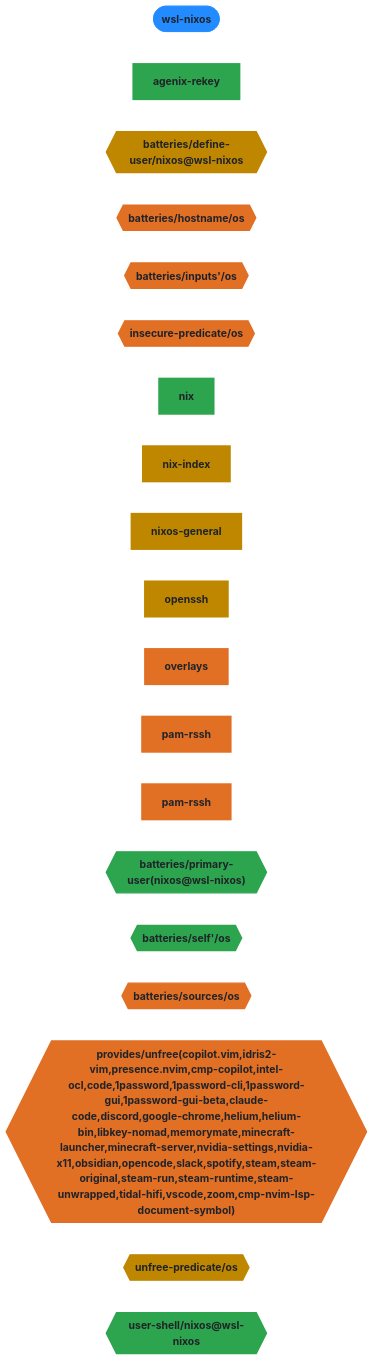
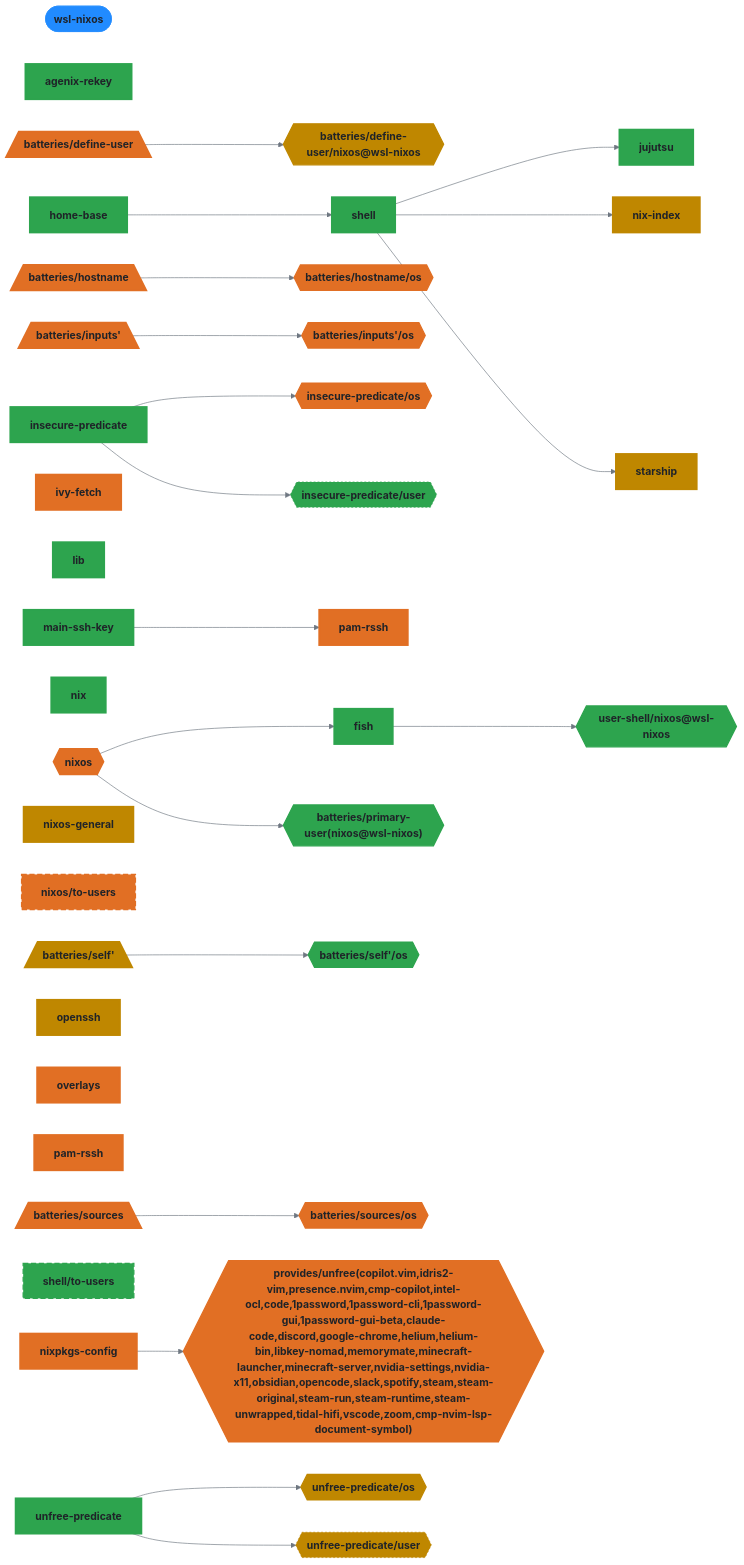
The ninth of 9 diagrams in README.md (auscyber/dotfiles), drawn with Mermaid before and after one commit. The commit also changed other lines of this file and 1 other file, not shown here.

````diff
--- a/README.md
+++ b/README.md
@@ -603,43 +1337,103 @@
 graph LR
   wsl_nixos([wsl-nixos]):::root
   agenix_rekey["agenix-rekey"]:::agenix_rekey_c
+  den__batteries__define_user[/"batteries/define-user"\]:::den__batteries__define_user_c
   den__batteries__define_user__nixos_wsl_nixos{{"batteries/define-user/nixos@wsl-nixos"}}:::den__batteries__define_user__nixos_wsl_nixos_c
+  fish["fish"]:::fish_c
+  home_base["home-base"]:::home_base_c
+  den__batteries__hostname[/"batteries/hostname"\]:::den__batteries__hostname_c
   den__batteries__hostname__os{{"batteries/hostname/os"}}:::den__batteries__hostname__os_c
+  den__batteries__inputs_[/"batteries/inputs'"\]:::den__batteries__inputs__c
   den__batteries__inputs___os{{"batteries/inputs'/os"}}:::den__batteries__inputs___os_c
+  insecure_predicate["insecure-predicate"]:::insecure_predicate_c
   insecure_predicate__os{{"insecure-predicate/os"}}:::insecure_predicate__os_c
+  insecure_predicate__user{{"insecure-predicate/user"}}:::insecure_predicate__user_c
+  ivy_fetch["ivy-fetch"]:::ivy_fetch_c
+  jujutsu["jujutsu"]:::jujutsu_c
+  lib["lib"]:::lib_c
+  main_ssh_key["main-ssh-key"]:::main_ssh_key_c
   nix["nix"]:::nix_c
   nix_index["nix-index"]:::nix_index_c
+  nixos{{"nixos"}}:::nixos_c
   nixos_general["nixos-general"]:::nixos_general_c
+  nixos__to_users["nixos/to-users"]:::nixos__to_users_c
+  nixpkgs_config_host_wsl_nixos["nixpkgs-config"]:::nixpkgs_config_host_wsl_nixos_c
   openssh["openssh"]:::openssh_c
   overlays["overlays"]:::overlays_c
   pam_rssh_host_wsl_nixos["pam-rssh"]:::pam_rssh_host_wsl_nixos_c
   pam_rssh_user_nixos["pam-rssh"]:::pam_rssh_user_nixos_c
   den__batteries__primary_user_nixos_wsl_nixos_{{"batteries/primary-user(nixos@wsl-nixos)"}}:::den__batteries__primary_user_nixos_wsl_nixos__c
+  den__batteries__self_[/"batteries/self'"\]:::den__batteries__self__c
   den__batteries__self___os{{"batteries/self'/os"}}:::den__batteries__self___os_c
+  shell_host_wsl_nixos["shell"]:::shell_host_wsl_nixos_c
+  shell__to_users["shell/to-users"]:::shell__to_users_c
+  den__batteries__sources[/"batteries/sources"\]:::den__batteries__sources_c
   den__batteries__sources__os{{"batteries/sources/os"}}:::den__batteries__sources__os_c
+  starship["starship"]:::starship_c
   den__provides__unfree_copilot_vim_idris2_vim_presence_nvim_cmp_copilot_intel_ocl_code_1password_1password_cli_1password_gui_1password_gui_beta_claude_code_discord_google_chrome_helium_helium_bin_libkey_nomad_memorymate_minecraft_launcher_minecraft_server_nvidia_settings_nvidia_x11_obsidian_opencode_slack_spotify_steam_steam_original_steam_run_steam_runtime_steam_unwrapped_tidal_hifi_vscode_zoom_cmp_nvim_lsp_document_symbol_{{"provides/unfree(copilot.vim,idris2-vim,presence.nvim,cmp-copilot,intel-ocl,code,1password,1password-cli,1password-gui,1password-gui-beta,claude-code,discord,google-chrome,helium,helium-bin,libkey-nomad,memorymate,minecraft-launcher,minecraft-server,nvidia-settings,nvidia-x11,obsidian,opencode,slack,spotify,steam,steam-original,steam-run,steam-runtime,steam-unwrapped,tidal-hifi,vscode,zoom,cmp-nvim-lsp-document-symbol)"}}:::den__provides__unfree_copilot_vim_idris2_vim_presence_nvim_cmp_copilot_intel_ocl_code_1password_1password_cli_1password_gui_1password_gui_beta_claude_code_discord_google_chrome_helium_helium_bin_libkey_nomad_memorymate_minecraft_launcher_minecraft_server_nvidia_settings_nvidia_x11_obsidian_opencode_slack_spotify_steam_steam_original_steam_run_steam_runtime_steam_unwrapped_tidal_hifi_vscode_zoom_cmp_nvim_lsp_document_symbol__c
+  unfree_predicate["unfree-predicate"]:::unfree_predicate_c
   unfree_predicate__os{{"unfree-predicate/os"}}:::unfree_predicate__os_c
+  unfree_predicate__user{{"unfree-predicate/user"}}:::unfree_predicate__user_c
   user_shell__nixos_wsl_nixos{{"user-shell/nixos@wsl-nixos"}}:::user_shell__nixos_wsl_nixos_c
 
+  den__batteries__define_user --> den__batteries__define_user__nixos_wsl_nixos
+  den__batteries__hostname --> den__batteries__hostname__os
+  den__batteries__inputs_ --> den__batteries__inputs___os
+  den__batteries__self_ --> den__batteries__self___os
+  den__batteries__sources --> den__batteries__sources__os
+  fish --> user_shell__nixos_wsl_nixos
+  home_base --> shell_host_wsl_nixos
+  insecure_predicate --> insecure_predicate__os
+  insecure_predicate --> insecure_predicate__user
+  main_ssh_key --> pam_rssh_user_nixos
+  nixos --> fish
+  nixos --> den__batteries__primary_user_nixos_wsl_nixos_
+  nixpkgs_config_host_wsl_nixos --> den__provides__unfree_copilot_vim_idris2_vim_presence_nvim_cmp_copilot_intel_ocl_code_1password_1password_cli_1password_gui_1password_gui_beta_claude_code_discord_google_chrome_helium_helium_bin_libkey_nomad_memorymate_minecraft_launcher_minecraft_server_nvidia_settings_nvidia_x11_obsidian_opencode_slack_spotify_steam_steam_original_steam_run_steam_runtime_steam_unwrapped_tidal_hifi_vscode_zoom_cmp_nvim_lsp_document_symbol_
+  shell_host_wsl_nixos --> jujutsu
+  shell_host_wsl_nixos --> nix_index
+  shell_host_wsl_nixos --> starship
+  unfree_predicate --> unfree_predicate__os
+  unfree_predicate --> unfree_predicate__user
 
   classDef root fill:#218bff,stroke:#218bff,color:#1f2328,font-weight:bold
   classDef agenix_rekey_c fill:#2da44e,stroke:#2da44e,color:#1f2328,stroke-width:3px
+  classDef den__batteries__define_user_c fill:#e16f24,stroke:#e16f24,color:#1f2328,stroke-width:3px
   classDef den__batteries__define_user__nixos_wsl_nixos_c fill:#bf8700,stroke:#bf8700,color:#1f2328,stroke-width:2px
+  classDef fish_c fill:#2da44e,stroke:#2da44e,color:#1f2328,stroke-width:3px
+  classDef home_base_c fill:#2da44e,stroke:#2da44e,color:#1f2328,stroke-width:3px
+  classDef den__batteries__hostname_c fill:#e16f24,stroke:#e16f24,color:#1f2328,stroke-width:3px
   classDef den__batteries__hostname__os_c fill:#e16f24,stroke:#e16f24,color:#1f2328,stroke-width:2px
+  classDef den__batteries__inputs__c fill:#e16f24,stroke:#e16f24,color:#1f2328,stroke-width:3px
   classDef den__batteries__inputs___os_c fill:#e16f24,stroke:#e16f24,color:#1f2328,stroke-width:2px
+  classDef insecure_predicate_c fill:#2da44e,stroke:#2da44e,color:#1f2328,stroke-width:3px
   classDef insecure_predicate__os_c fill:#e16f24,stroke:#e16f24,color:#1f2328,stroke-width:2px
+  classDef insecure_predicate__user_c fill:#2da44e,stroke:#2da44e,color:#1f2328,stroke-dasharray: 3 3,stroke-width:1px
+  classDef ivy_fetch_c fill:#e16f24,stroke:#e16f24,color:#1f2328,stroke-width:3px
+  classDef jujutsu_c fill:#2da44e,stroke:#2da44e,color:#1f2328,stroke-width:3px
+  classDef lib_c fill:#2da44e,stroke:#2da44e,color:#1f2328,stroke-width:3px
+  classDef main_ssh_key_c fill:#2da44e,stroke:#2da44e,color:#1f2328,stroke-width:3px
   classDef nix_c fill:#2da44e,stroke:#2da44e,color:#1f2328,stroke-width:3px
   classDef nix_index_c fill:#bf8700,stroke:#bf8700,color:#1f2328,stroke-width:3px
+  classDef nixos_c fill:#e16f24,stroke:#e16f24,color:#1f2328,stroke-width:3px
   classDef nixos_general_c fill:#bf8700,stroke:#bf8700,color:#1f2328,stroke-width:3px
+  classDef nixos__to_users_c fill:#e16f24,stroke:#e16f24,color:#1f2328,stroke-width:2px,stroke-dasharray: 8 4
+  classDef nixpkgs_config_host_wsl_nixos_c fill:#e16f24,stroke:#e16f24,color:#1f2328,stroke-width:3px
   classDef openssh_c fill:#bf8700,stroke:#bf8700,color:#1f2328,stroke-width:3px
   classDef overlays_c fill:#e16f24,stroke:#e16f24,color:#1f2328,stroke-width:3px
   classDef pam_rssh_host_wsl_nixos_c fill:#e16f24,stroke:#e16f24,color:#1f2328,stroke-width:3px
   classDef pam_rssh_user_nixos_c fill:#e16f24,stroke:#e16f24,color:#1f2328,stroke-width:3px
   classDef den__batteries__primary_user_nixos_wsl_nixos__c fill:#2da44e,stroke:#2da44e,color:#1f2328,stroke-width:2px
+  classDef den__batteries__self__c fill:#bf8700,stroke:#bf8700,color:#1f2328,stroke-width:3px
   classDef den__batteries__self___os_c fill:#2da44e,stroke:#2da44e,color:#1f2328,stroke-width:2px
+  classDef shell_host_wsl_nixos_c fill:#2da44e,stroke:#2da44e,color:#1f2328,stroke-width:3px
+  classDef shell__to_users_c fill:#2da44e,stroke:#2da44e,color:#1f2328,stroke-width:2px,stroke-dasharray: 8 4
+  classDef den__batteries__sources_c fill:#e16f24,stroke:#e16f24,color:#1f2328,stroke-width:3px
   classDef den__batteries__sources__os_c fill:#e16f24,stroke:#e16f24,color:#1f2328,stroke-width:2px
+  classDef starship_c fill:#bf8700,stroke:#bf8700,color:#1f2328,stroke-width:3px
   classDef den__provides__unfree_copilot_vim_idris2_vim_presence_nvim_cmp_copilot_intel_ocl_code_1password_1password_cli_1password_gui_1password_gui_beta_claude_code_discord_google_chrome_helium_helium_bin_libkey_nomad_memorymate_minecraft_launcher_minecraft_server_nvidia_settings_nvidia_x11_obsidian_opencode_slack_spotify_steam_steam_original_steam_run_steam_runtime_steam_unwrapped_tidal_hifi_vscode_zoom_cmp_nvim_lsp_document_symbol__c fill:#e16f24,stroke:#e16f24,color:#1f2328,stroke-width:2px
+  classDef unfree_predicate_c fill:#2da44e,stroke:#2da44e,color:#1f2328,stroke-width:3px
   classDef unfree_predicate__os_c fill:#bf8700,stroke:#bf8700,color:#1f2328,stroke-width:2px
+  classDef unfree_predicate__user_c fill:#bf8700,stroke:#bf8700,color:#1f2328,stroke-dasharray: 3 3,stroke-width:1px
   classDef user_shell__nixos_wsl_nixos_c fill:#2da44e,stroke:#2da44e,color:#1f2328,stroke-width:2px
   classDef wsl_nixos_c fill:#e16f24,stroke:#e16f24,color:#1f2328,stroke-width:3px
 ```
````
